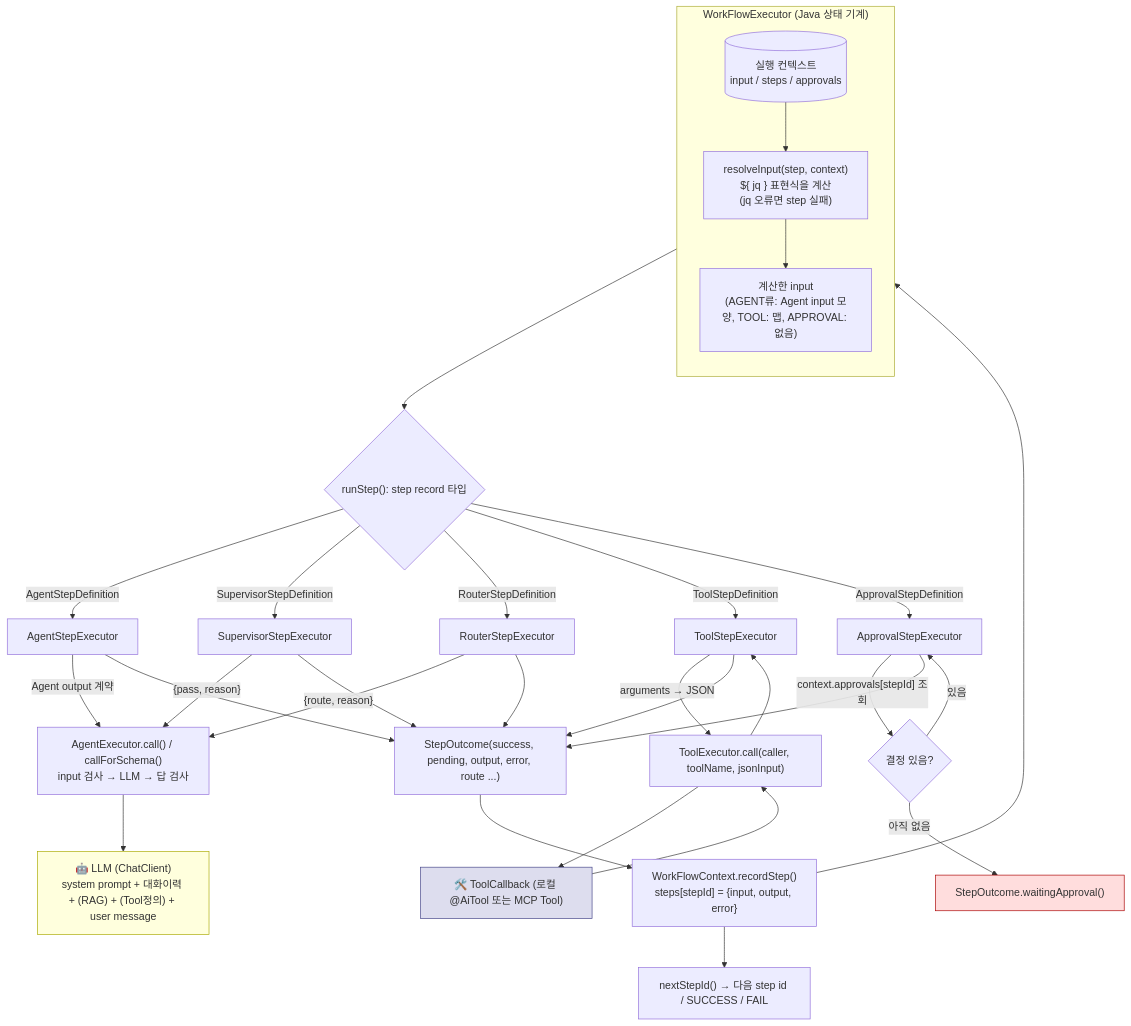
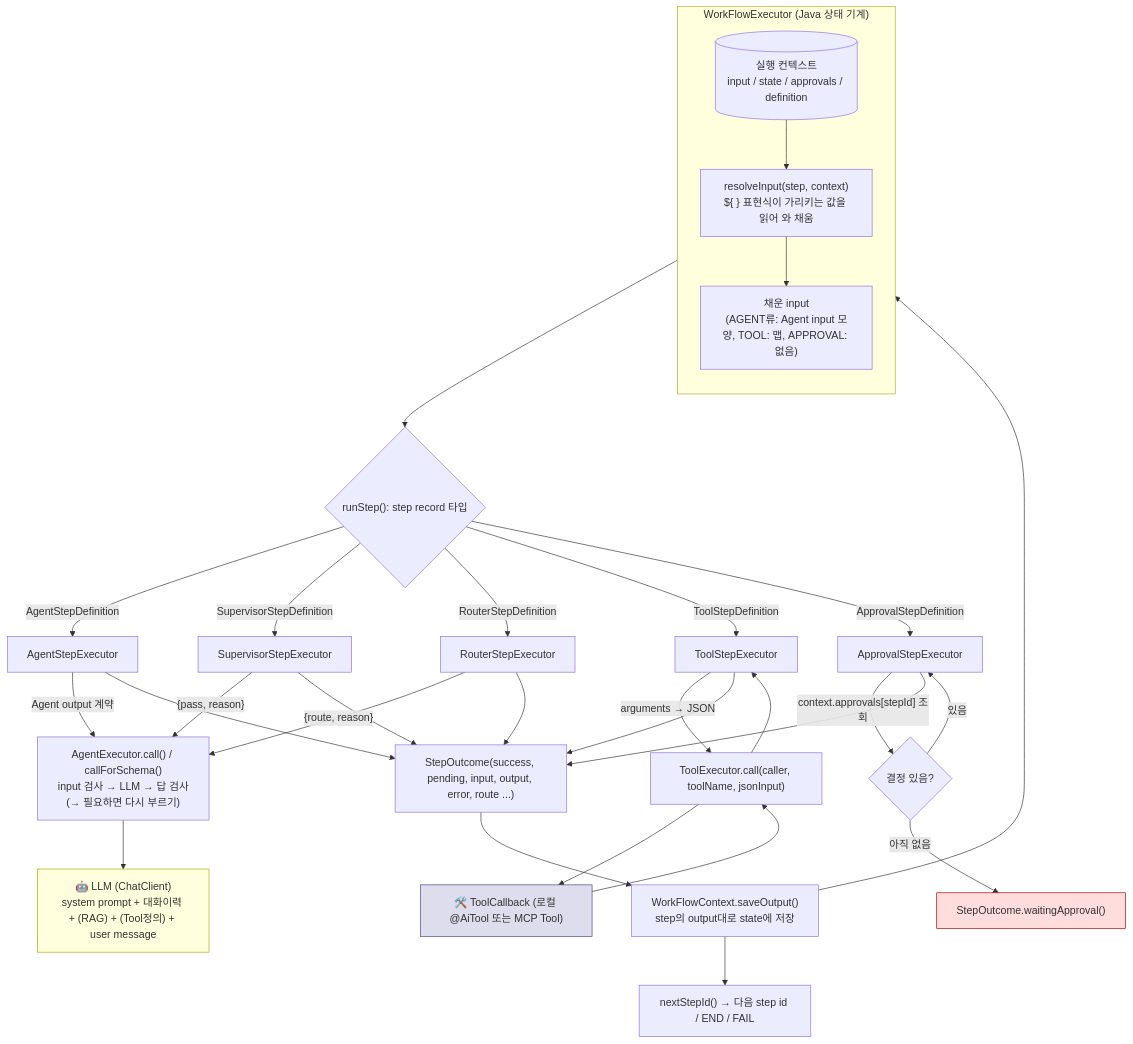
One commit to YongSoekChoeng/dstone changed the fifth of 10 diagrams in docs/09.dstone-ai-engine.md. Above: the diagram before and after it, drawn with Mermaid. The commit also changed other lines of this file and 203 other files, not shown here.

````diff
--- a/docs/09.dstone-ai-engine.md
+++ b/docs/09.dstone-ai-engine.md
@@ -605,44 +646,44 @@
 ```mermaid
 flowchart TD
     subgraph L1["WorkFlowExecutor (Java 상태 기계)"]
         direction TB
-        CTX[("실행 컨텍스트\ninput / steps / approvals")]
-        R["resolveInput(step, context)\n${ jq } 표현식을 계산\n(jq 오류면 step 실패)"]
-        SI["계산한 input\n(AGENT류: Agent input 모양, TOOL: 맵, APPROVAL: 없음)"]
+        CTX[("실행 컨텍스트\ninput / state / approvals / definition")]
+        R["resolveInput(step, context)\n${ } 표현식이 가리키는 값을 읽어 와 채움"]
+        SI["채운 input\n(AGENT류: Agent input 모양, TOOL: 맵, APPROVAL: 없음)"]
         CTX --> R --> SI
     end
 
     SI --> DISPATCH{"runStep(): step record 타입"}
     DISPATCH -->|AgentStepDefinition| ASR["AgentStepExecutor"]
     DISPATCH -->|SupervisorStepDefinition| SSR["SupervisorStepExecutor"]
     DISPATCH -->|RouterStepDefinition| RSR["RouterStepExecutor"]
     DISPATCH -->|ToolStepDefinition| TSR["ToolStepExecutor"]
     DISPATCH -->|ApprovalStepDefinition| APR["ApprovalStepExecutor"]
 
-    ASR -->|"Agent output 계약"| AE["AgentExecutor.call() / callForSchema()\ninput 검사 → LLM → 답 검사"]
+    ASR -->|"Agent output 계약"| AE["AgentExecutor.call() / callForSchema()\ninput 검사 → LLM → 답 검사(→ 필요하면 다시 부르기)"]
     SSR -->|"{pass, reason}"| AE
     RSR -->|"{route, reason}"| AE
     AE --> LLM["🤖 LLM (ChatClient)\nsystem prompt + 대화이력 + (RAG) + (Tool정의) + user message"]
 
     TSR -->|"arguments → JSON"| TE["ToolExecutor.call(caller, toolName, jsonInput)"]
     TE --> TOOL["🛠️ ToolCallback (로컬 @AiTool 또는 MCP Tool)"]
     TOOL --> TE --> TSR
 
     APR -->|"context.approvals[stepId] 조회"| DECIDE{"결정 있음?"}
     DECIDE -->|"아직 없음"| PENDING["StepOutcome.waitingApproval()"]
     DECIDE -->|"있음"| APR
 
-    ASR --> SO["StepOutcome(success, pending, output, error, route ...)"]
+    ASR --> SO["StepOutcome(success, pending, input, output, error, route ...)"]
     SSR --> SO
     RSR --> SO
     TSR --> SO
     APR --> SO
 
-    SO --> REC["WorkFlowContext.recordStep()\nsteps[stepId] = {input, output, error}"]
+    SO --> REC["WorkFlowContext.saveOutput()\nstep의 output대로 state에 저장"]
     REC --> CTX
-    REC --> NEXT["nextStepId() → 다음 step id / SUCCESS / FAIL"]
+    REC --> NEXT["nextStepId() → 다음 step id / END / FAIL"]
 
     style LLM fill:#ffd,stroke:#aa0
     style TOOL fill:#dde,stroke:#448
     style PENDING fill:#fdd,stroke:#a00
 ```
````
